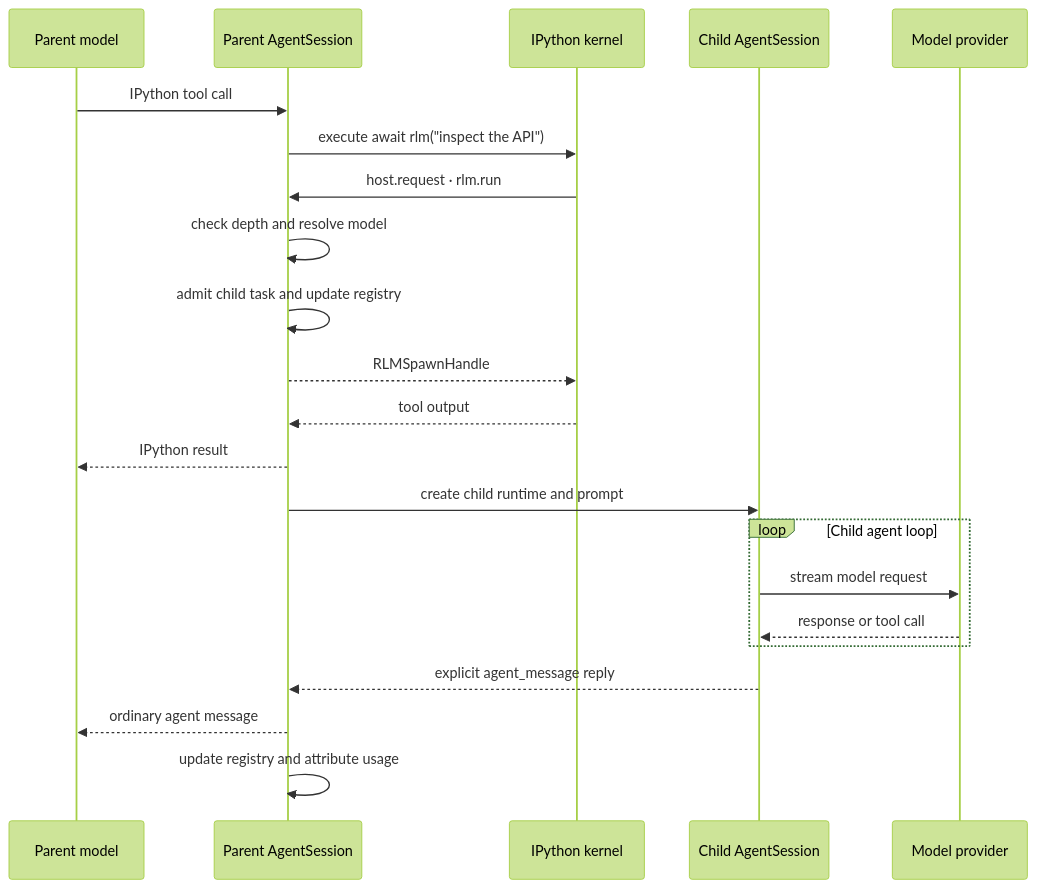
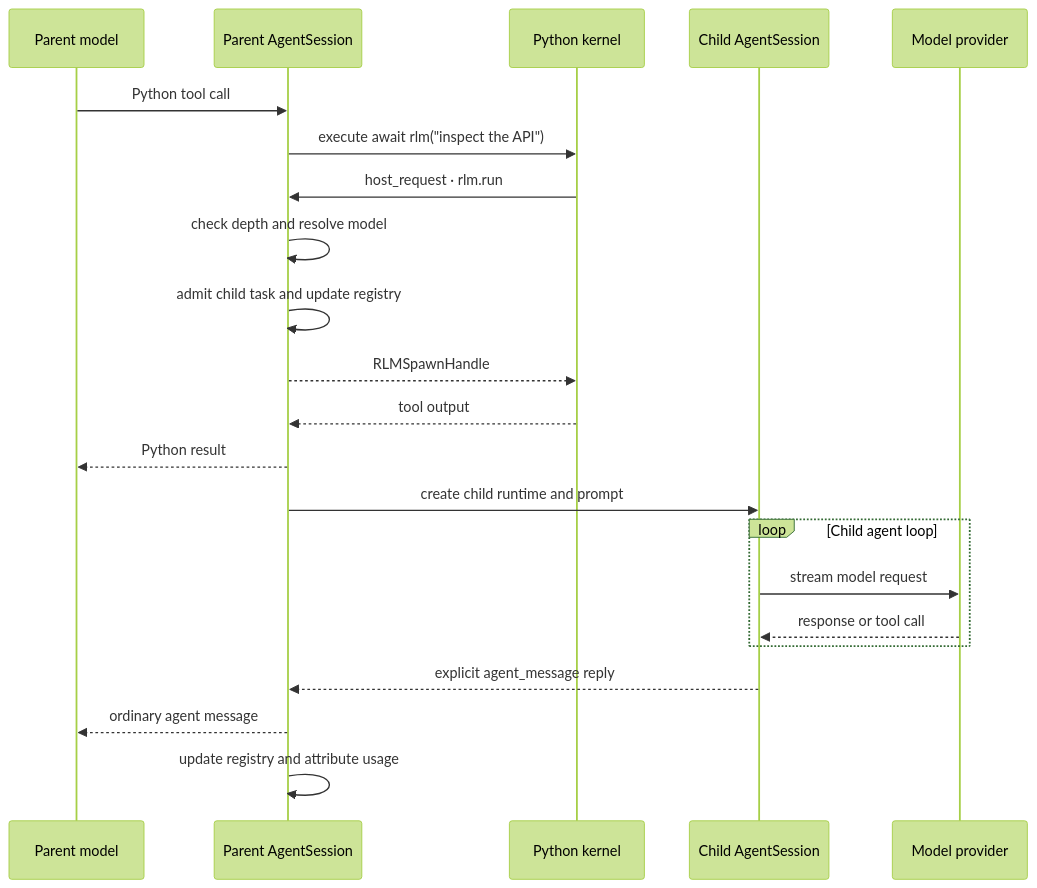
One commit to 0niel/prime-agent changed the second of 2 diagrams in packages/coding-agent/docs/rlm-runtime.md. Above: the diagram before and after it, drawn with Mermaid (forest theme). The commit also changed other lines of this file and 111 other files, not shown here.

````diff
--- a/packages/coding-agent/docs/rlm-runtime.md
+++ b/packages/coding-agent/docs/rlm-runtime.md
@@ -36,25 +36,25 @@
 ```mermaid
 sequenceDiagram
     participant M as Parent model
     participant H as Parent AgentSession
-    participant K as IPython kernel
+    participant K as Python kernel
     participant C as Child AgentSession
     participant P as Model provider
 
-    M->>H: IPython tool call
+    M->>H: Python tool call
     H->>K: execute await rlm("inspect the API")
-    K->>H: host.request · rlm.run
+    K->>H: host_request · rlm.run
     H->>H: check depth and resolve model
     H->>H: admit child task and update registry
     H-->>K: RLMSpawnHandle
     K-->>H: tool output
-    H-->>M: IPython result
+    H-->>M: Python result
     H->>C: create child runtime and prompt
     loop Child agent loop
         C->>P: stream model request
         P-->>C: response or tool call
     end
     C-->>H: explicit agent_message reply
     H-->>M: ordinary agent message
     H->>H: update registry and attribute usage
 ```
````
